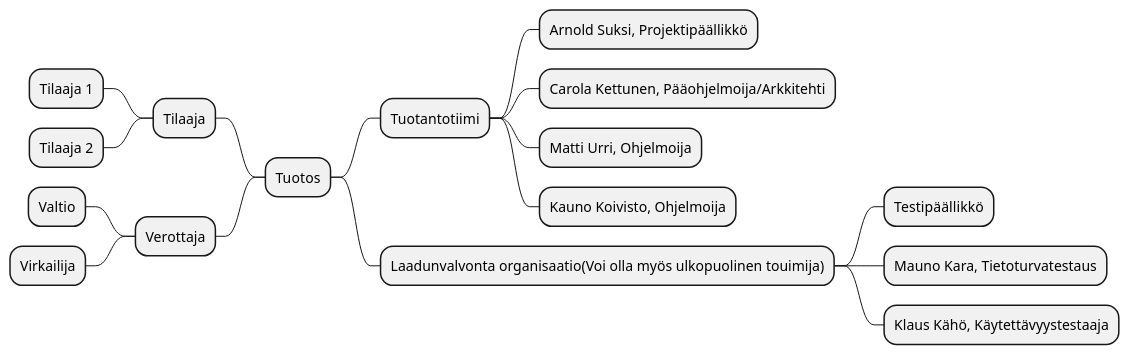
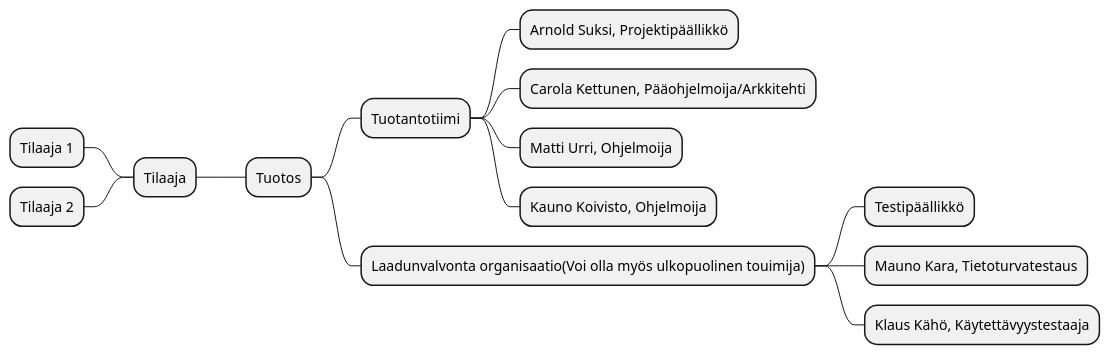
Before and after one commit to M11k4/DynamiittiOrava: the first of 2 diagrams in dokumentit/10-Projektihallinta/tiivistetty-projektisuunnitelma.md, drawn with PlantUML.

Commit message:
Update tiivistetty-projektisuunnitelma.md Verokarhu poistettu kummittelemasta!

````diff
--- a/dokumentit/10-Projektihallinta/tiivistetty-projektisuunnitelma.md
+++ b/dokumentit/10-Projektihallinta/tiivistetty-projektisuunnitelma.md
@@ -85,20 +85,17 @@
 ```plantuml
 @startmindmap
 + Tuotos
 ++ Tuotantotiimi
 +++ Arnold Suksi, Projektipäällikkö
 +++ Carola Kettunen, Pääohjelmoija/Arkkitehti
 +++ Matti Urri, Ohjelmoija
 +++ Kauno Koivisto, Ohjelmoija
 -- Tilaaja
 --- Tilaaja 1
 --- Tilaaja 2
 ++ Laadunvalvonta organisaatio(Voi olla myös ulkopuolinen touimija)
 +++ Testipäällikkö
 +++ Mauno Kara, Tietoturvatestaus
 +++ Klaus Kähö, Käytettävyystestaaja
--- Verottaja
---- Valtio
---- Virkailija
 @endmindmap
 ```
````
